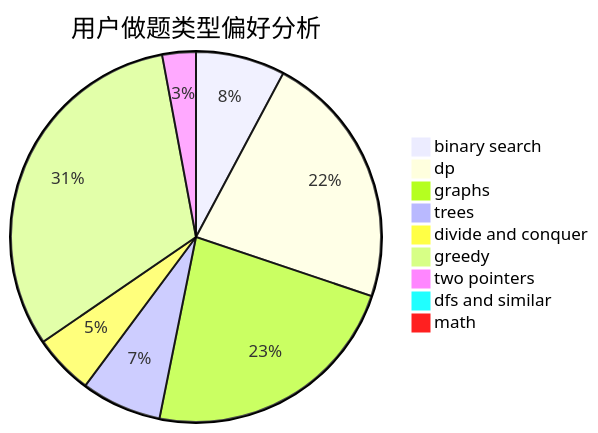
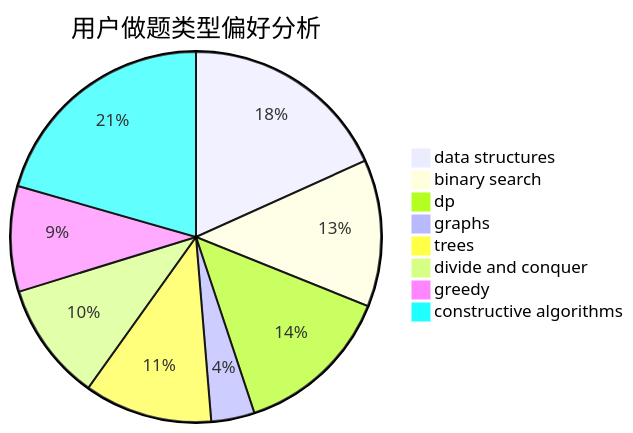
The second of 3 diagrams in docs/user/u819.md (sherpahu/cfrs.github.io), drawn with Mermaid before and after one commit. The commit also changed other lines of this file and 2775 other files, not shown here.

````diff
--- a/docs/user/u819.md
+++ b/docs/user/u819.md
@@ -23,12 +23,11 @@
 ```mermaid
 pie title 用户做题类型偏好分析
-    "binary search" :  101
-    "dp" :  290
-    "graphs" :  298
-    "trees" :  91
-    "divide and conquer" :  68
-    "greedy" :  410
-    "two pointers" :  38
-    "dfs and similar" :  11
-    "math" :  11
+    "data structures" :  111
+    "binary search" :  78
+    "dp" :  84
+    "graphs" :  23
+    "trees" :  68
+    "divide and conquer" :  63
+    "greedy" :  56
+    "constructive algorithms" :  125
 ```
````
